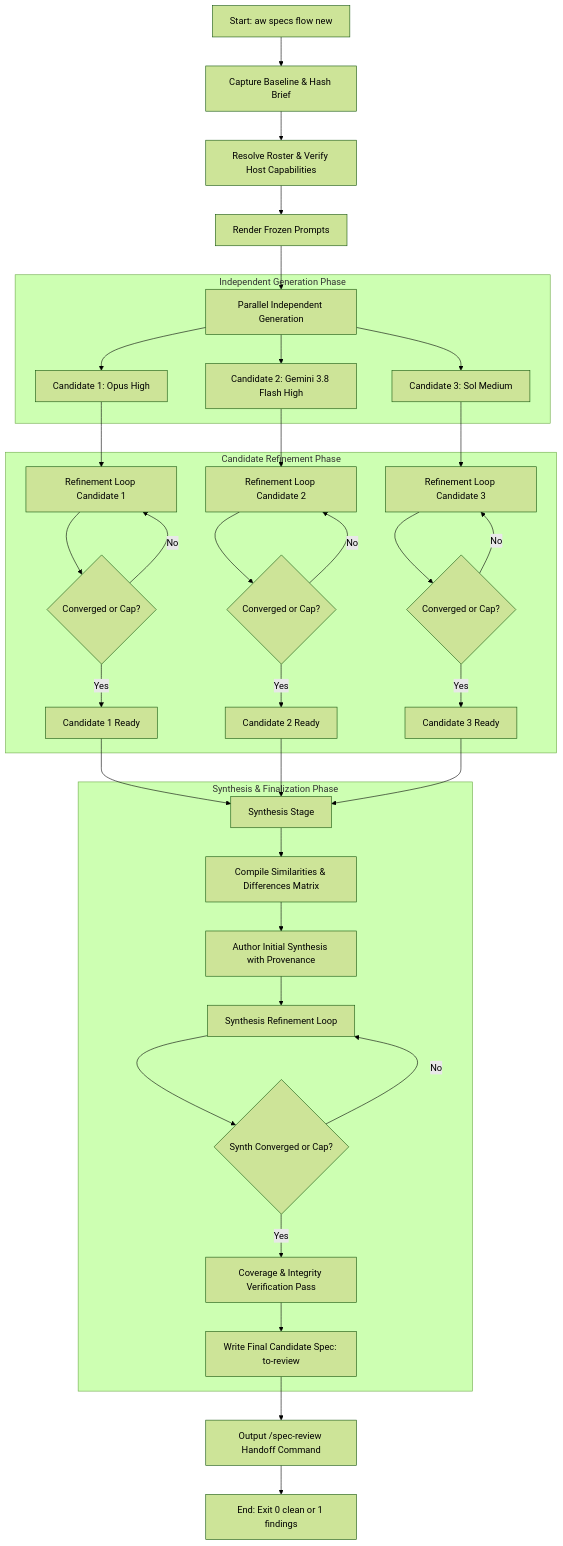
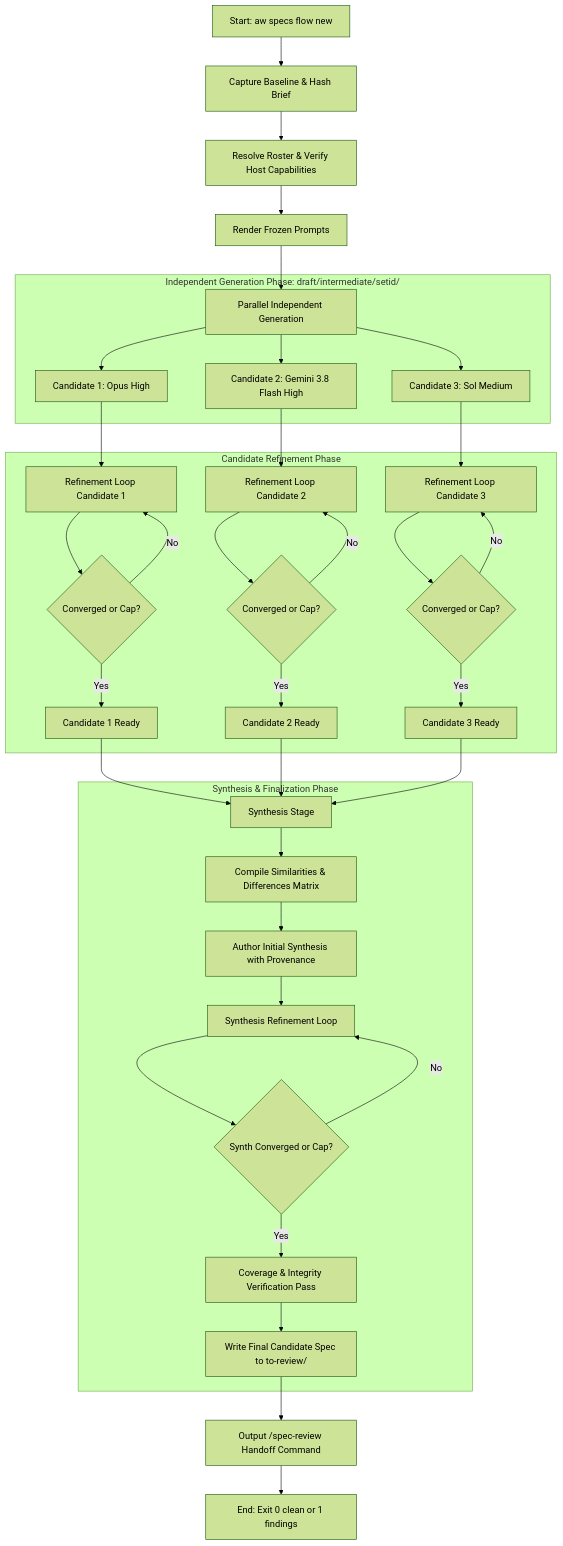
The second of 4 diagrams in .aw/records/specs/draft/20261024-specflow-01-18hh1u-spec-research-synthesis.spec.md (fariello/agent-workflows), drawn with Mermaid (forest theme) before and after one commit. The commit also changed other lines of this file, not shown here.

First line of the commit message:
docs(specs): formalize intermediate staging and attention board surfacing (18hh1u)

````diff
--- a/.aw/records/specs/draft/20261024-specflow-01-18hh1u-spec-research-synthesis.spec.md
+++ b/.aw/records/specs/draft/20261024-specflow-01-18hh1u-spec-research-synthesis.spec.md
@@ -427,48 +475,48 @@
 ```mermaid
 flowchart TD
     A[Start: aw specs flow new] --> B[Capture Baseline & Hash Brief]
     B --> C[Resolve Roster & Verify Host Capabilities]
     C --> D[Render Frozen Prompts]
     D --> E[Parallel Independent Generation]
 
-    subgraph Independent Generation Phase
+    subgraph Independent Generation Phase: draft/intermediate/setid/
         E --> E1[Candidate 1: Opus High]
         E --> E2[Candidate 2: Gemini 3.8 Flash High]
         E --> E3[Candidate 3: Sol Medium]
     end
 
     E1 --> F1[Refinement Loop Candidate 1]
     E2 --> F2[Refinement Loop Candidate 2]
     E3 --> F3[Refinement Loop Candidate 3]
 
     subgraph Candidate Refinement Phase
         F1 --> G1{Converged or Cap?}
         G1 -- No --> F1
         G1 -- Yes --> H1[Candidate 1 Ready]
 
         F2 --> G2{Converged or Cap?}
         G2 -- No --> F2
         G2 -- Yes --> H2[Candidate 2 Ready]
 
         F3 --> G3{Converged or Cap?}
         G3 -- No --> F3
         G3 -- Yes --> H3[Candidate 3 Ready]
     end
 
     H1 --> I[Synthesis Stage]
     H2 --> I
     H3 --> I
 
     subgraph Synthesis & Finalization Phase
         I --> J[Compile Similarities & Differences Matrix]
         J --> K[Author Initial Synthesis with Provenance]
         K --> L[Synthesis Refinement Loop]
         L --> M{Synth Converged or Cap?}
         M -- No --> L
         M -- Yes --> N[Coverage & Integrity Verification Pass]
-        N --> O[Write Final Candidate Spec: to-review]
+        N --> O[Write Final Candidate Spec to to-review/]
     end
 
     O --> P[Output /spec-review Handoff Command]
     P --> Q[End: Exit 0 clean or 1 findings]
 ```
````
